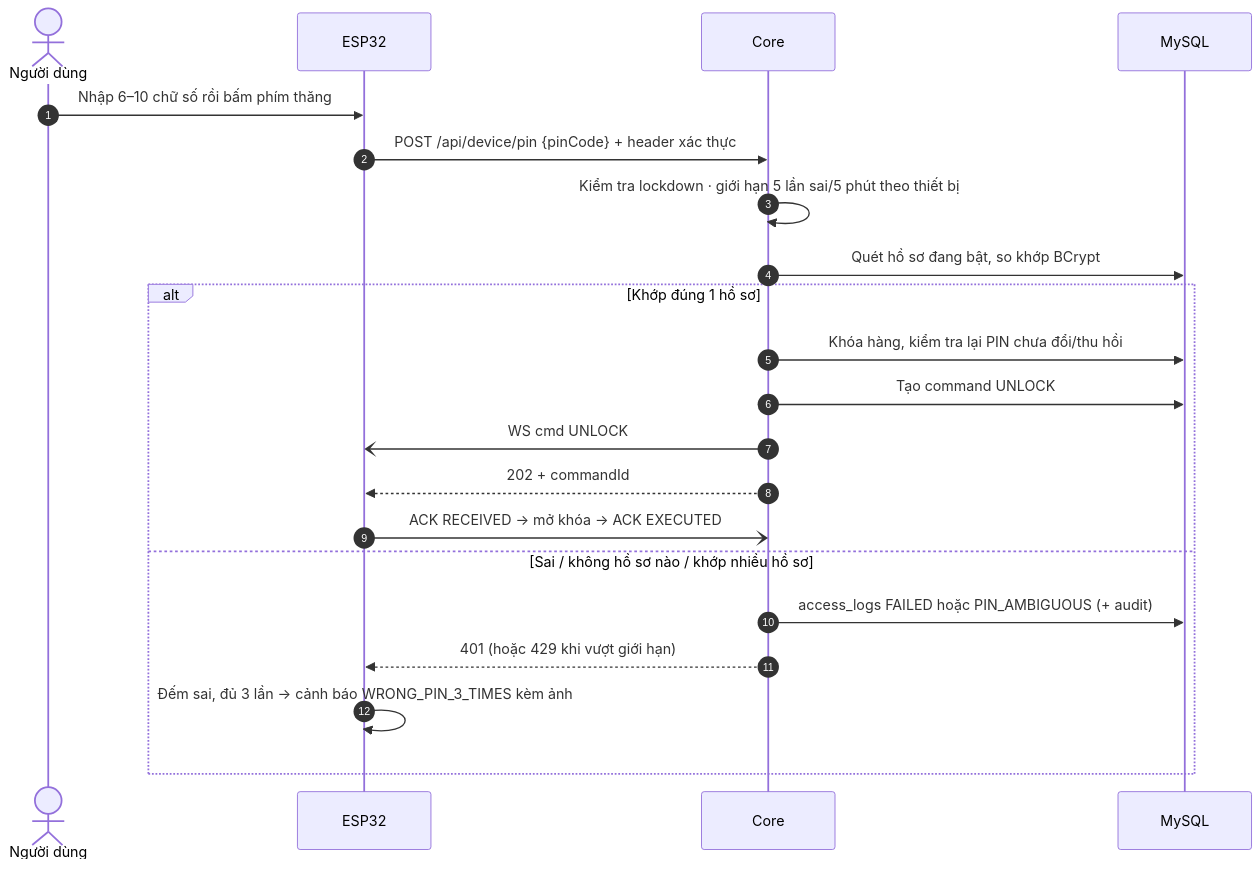
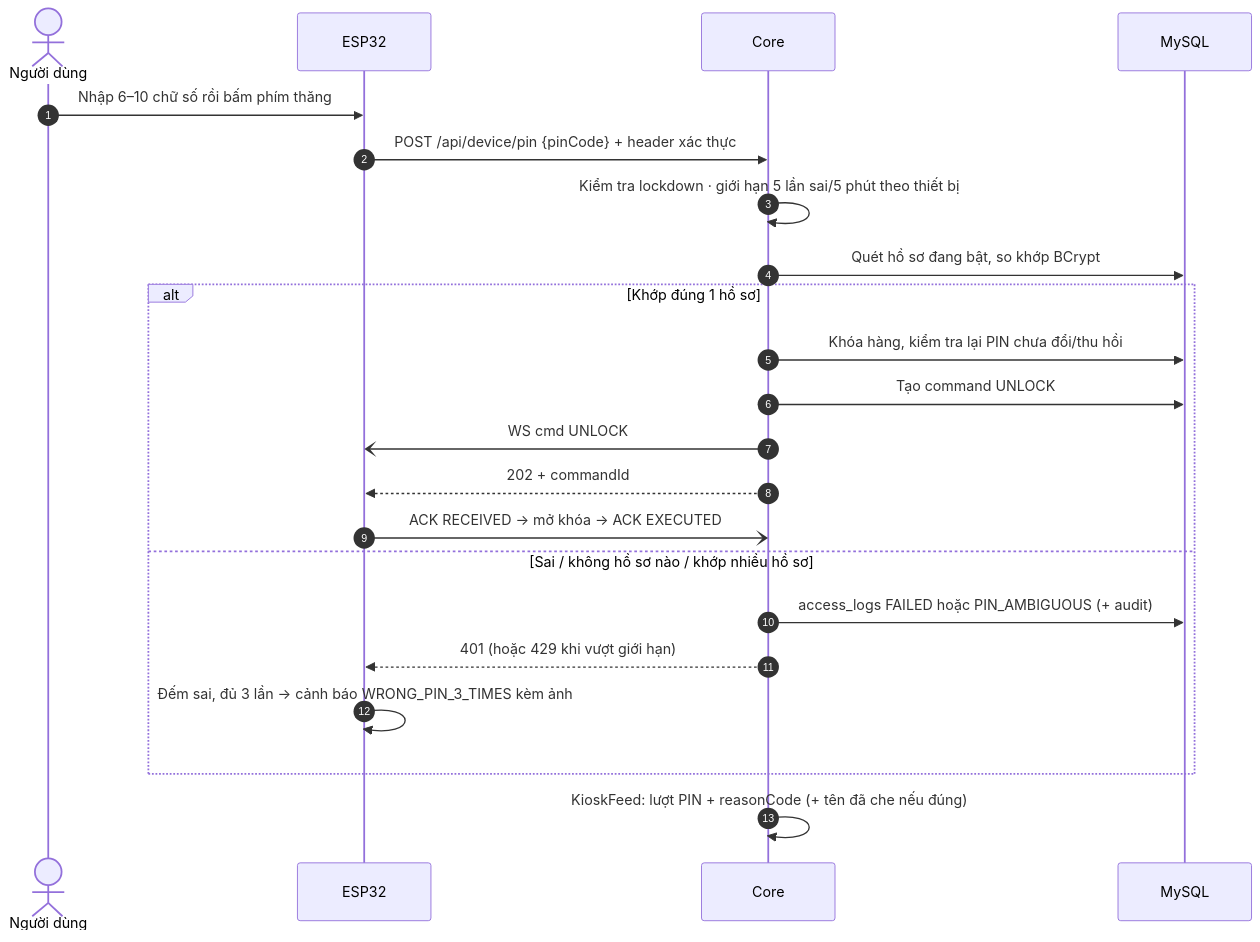
The sixth of 16 diagrams in docs/ARCHITECTURE_DIAGRAMS.md (meanihoccode/IoT-Smart-Door-Lock-with-Facial-Anti-Spoofing), drawn with Mermaid before and after one commit. The commit also changed other lines of this file, not shown here.

First line of the commit message:
docs: cập nhật sơ đồ kiến trúc theo kiosk mới (KioskFeed, tên đã che)

````diff
--- a/docs/ARCHITECTURE_DIAGRAMS.md
+++ b/docs/ARCHITECTURE_DIAGRAMS.md
@@ -226,24 +237,25 @@
 ```mermaid
 sequenceDiagram
     autonumber
     actor U as Người dùng
     participant E as ESP32
     participant C as Core
     participant D as MySQL
 
     U->>E: Nhập 6–10 chữ số rồi bấm phím thăng
     E->>C: POST /api/device/pin {pinCode} + header xác thực
     C->>C: Kiểm tra lockdown · giới hạn 5 lần sai/5 phút theo thiết bị
     C->>D: Quét hồ sơ đang bật, so khớp BCrypt
     alt Khớp đúng 1 hồ sơ
         C->>D: Khóa hàng, kiểm tra lại PIN chưa đổi/thu hồi
         C->>D: Tạo command UNLOCK
         C-)E: WS cmd UNLOCK
         C-->>E: 202 + commandId
         E-)C: ACK RECEIVED → mở khóa → ACK EXECUTED
     else Sai / không hồ sơ nào / khớp nhiều hồ sơ
         C->>D: access_logs FAILED hoặc PIN_AMBIGUOUS (+ audit)
         C-->>E: 401 (hoặc 429 khi vượt giới hạn)
         E->>E: Đếm sai, đủ 3 lần → cảnh báo WRONG_PIN_3_TIMES kèm ảnh
     end
+    C->>C: KioskFeed: lượt PIN + reasonCode (+ tên đã che nếu đúng)
 ```
````
